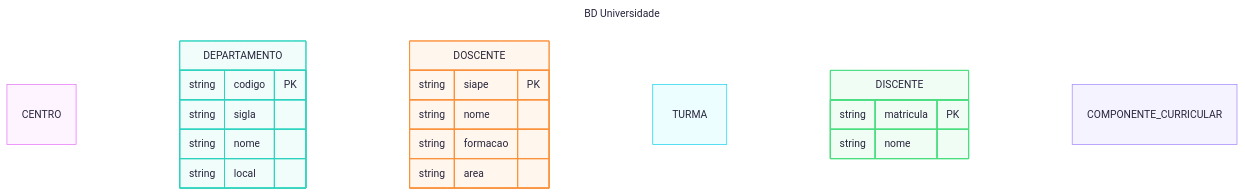
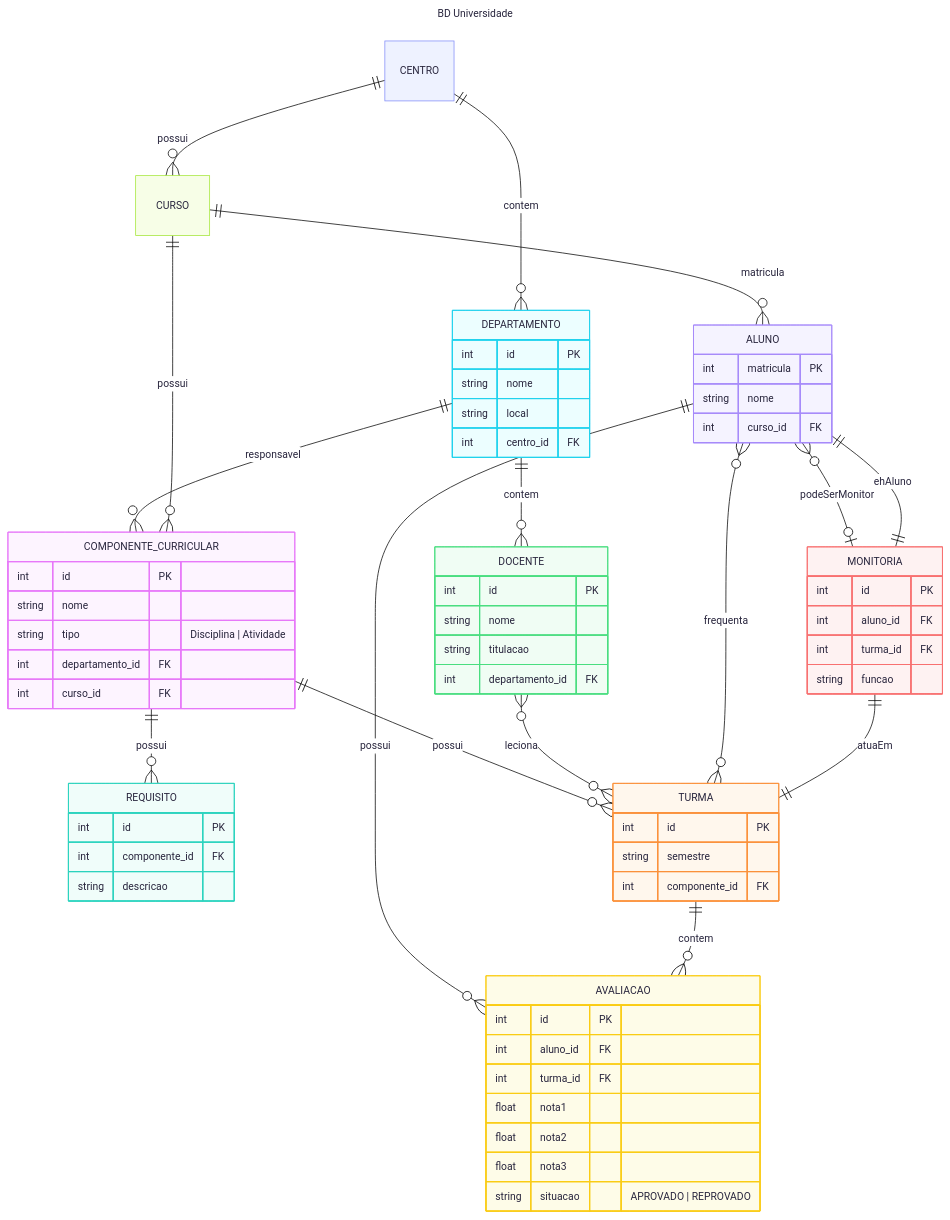
One commit to Diego-Axel/bancoDeDados changed the diagram in atividades/tarefa02/modelagem/bdUniversidade.mermaid. Above: the diagram before and after it, drawn with Mermaid.

Commit message:
atualizando o código

```diff
--- a/atividades/tarefa02/modelagem/bdUniversidade.mermaid
+++ b/atividades/tarefa02/modelagem/bdUniversidade.mermaid
@@ -1,38 +1,80 @@
 ---
 config:
   layout: dagre
   theme: redux-color
 title: BD Universidade
 ---
 erDiagram
   direction TB
-  CENTRO {
-        
+  COMPONENTE_CURRICULAR {
+    int id PK
+    string nome
+    string tipo "Disciplina | Atividade"
+    int departamento_id FK
+    int curso_id FK
   }
-    
-  DEPARTAMENTO {
-    string codigo PK ""
-    string sigla ""
-    string nome ""
-    string local ""
+  COMPONENTE_CURRICULAR ||--o{ REQUISITO : possui
+  COMPONENTE_CURRICULAR ||--o{ TURMA : possui
+
+  REQUISITO {
+    int id PK
+    int componente_id FK
+    string descricao
   }
 
-  DOSCENTE {
-    string siape PK ""
-    string nome ""
-    string formacao ""
-    string area ""
+  DEPARTAMENTO {
+    int id PK
+    string nome
+    string local
+    int centro_id FK
   }
+  DEPARTAMENTO ||--o{ COMPONENTE_CURRICULAR : responsavel
+  DEPARTAMENTO ||--o{ DOCENTE : contem
+
+  DOCENTE {
+    int id PK
+    string nome
+    string titulacao
+    int departamento_id FK
+  }
+  DOCENTE }o--o{ TURMA : leciona
+
+  ALUNO {
+    int matricula PK
+    string nome
+    int curso_id FK
+  }
+  ALUNO }o--o{ TURMA : frequenta
+  ALUNO }o--o| MONITORIA : podeSerMonitor
+  ALUNO ||--o{ AVALIACAO : possui
+
+  MONITORIA {
+    int id PK
+    int aluno_id FK
+    int turma_id FK
+    string funcao
+  }
+  MONITORIA ||--|| TURMA : atuaEm
+  MONITORIA ||--|| ALUNO : ehAluno
 
   TURMA {
+    int id PK
+    string semestre
+    int componente_id FK
+  }
+  TURMA ||--o{ AVALIACAO : contem
 
+  AVALIACAO {
+    int id PK
+    int aluno_id FK
+    int turma_id FK
+    float nota1
+    float nota2
+    float nota3
+    string situacao "APROVADO | REPROVADO"
   }
-
-  DISCENTE {
-    string matricula PK ""
-    string nome ""
-  }
-
-  COMPONENTE_CURRICULAR {
-
-  }
+  
+  CENTRO ||--o{ CURSO : possui
+  CENTRO ||--o{ DEPARTAMENTO : contem
+  CURSO ||--o{ COMPONENTE_CURRICULAR : possui
+  CURSO ||--o{ ALUNO : matricula
```
